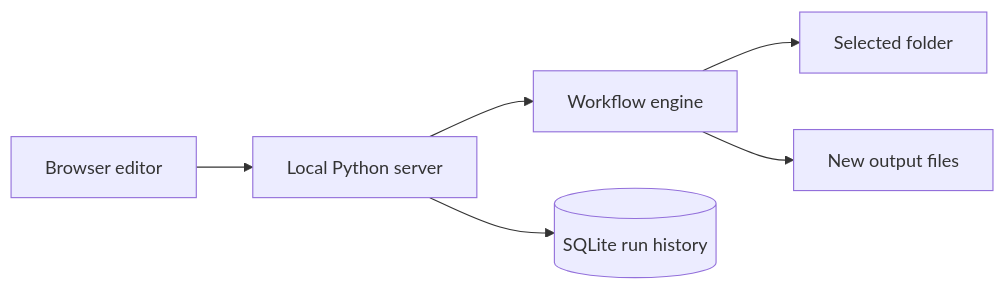
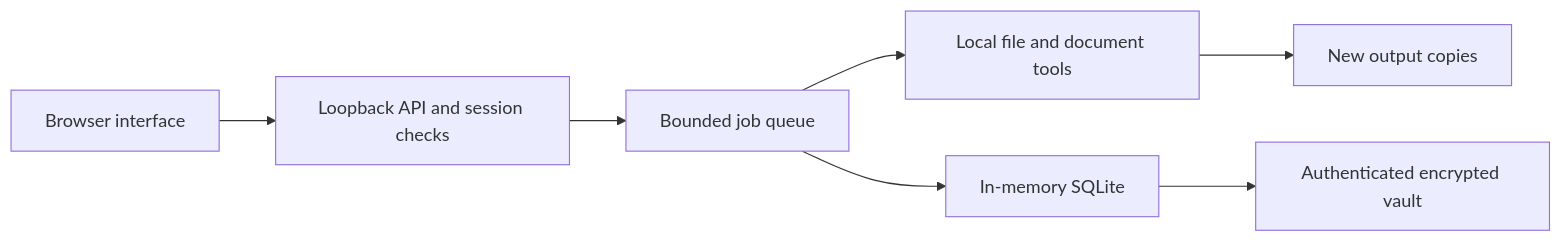
Before and after one commit to danial-maqbool/LocalFlow-Studio: the diagram in README.md, drawn with Mermaid. The commit also changed other lines of this file and 87 other files, not shown here.

Commit message:
Upgrade LocalFlow with local OCR, PDF tables, semantic workflows, encrypted storage, and confirmed desktop actions

````diff
--- a/README.md
+++ b/README.md
@@ -70,8 +135,9 @@
 ```mermaid
 flowchart LR
-  UI[Browser editor] --> API[Local Python server]
-  API --> ENGINE[Workflow engine]
-  ENGINE --> INPUT[Selected folder]
-  ENGINE --> OUTPUT[New output files]
-  API --> DB[(SQLite run history)]
+    A[Browser interface] --> B[Loopback API and session checks]
+    B --> C[Bounded job queue]
+    C --> D[Local file and document tools]
+    D --> E[New output copies]
+    C --> F[In-memory SQLite]
+    F --> G[Authenticated encrypted vault]
 ```
````
